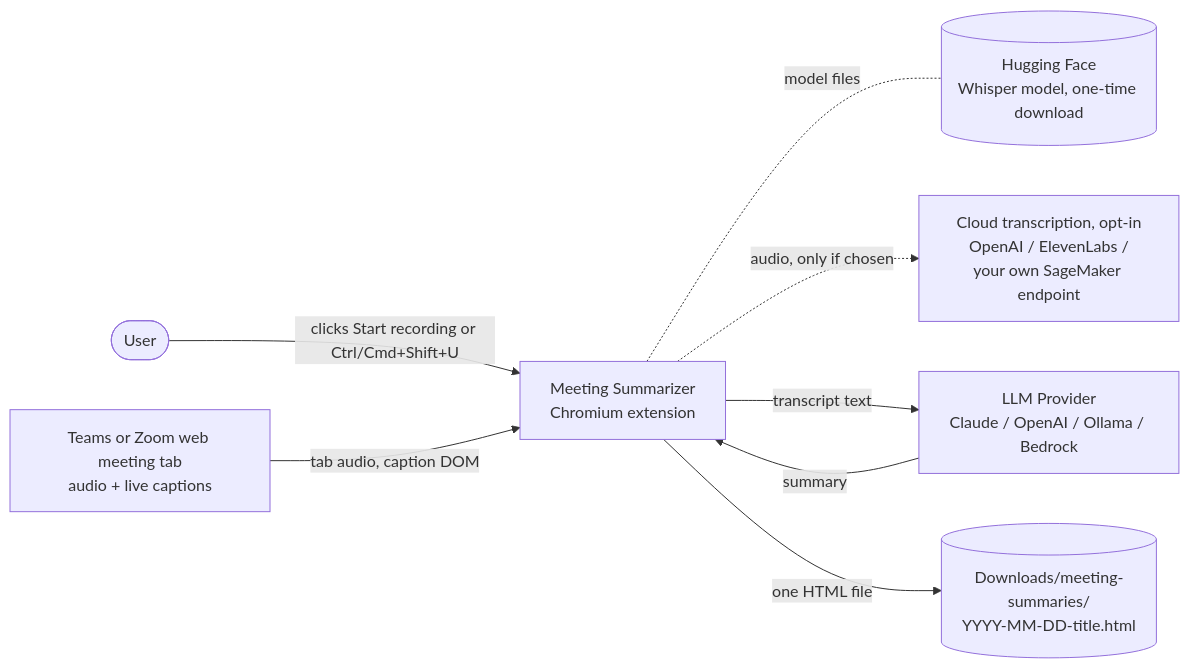
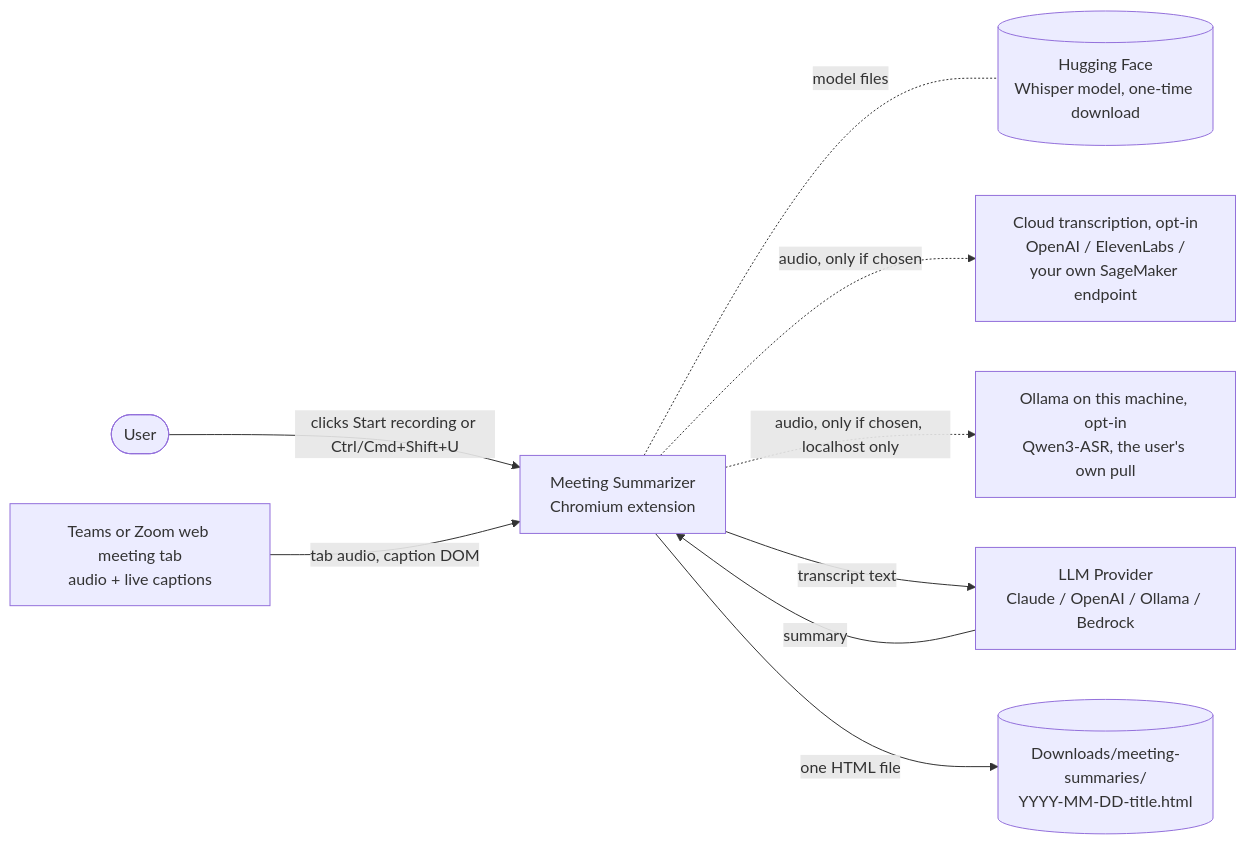
The first of 11 diagrams in docs/ARCHITECTURE.md (dominic676767/meeting-summarizer), drawn with Mermaid before and after one commit. The commit also changed other lines of this file and 28 other files, not shown here.

First line of the commit message:
Transcribe on this computer with Qwen3-ASR in the user's own Ollama

````diff
--- a/docs/ARCHITECTURE.md
+++ b/docs/ARCHITECTURE.md
@@ -32,18 +32,20 @@
 ```mermaid
 flowchart LR
     user(["User"])
     teams["Teams or Zoom web meeting tab<br/>audio + live captions"]
     ext["Meeting Summarizer<br/>Chromium extension"]
     hf[("Hugging Face<br/>Whisper model, one-time download")]
+    ollamaAsr["Ollama on this machine, opt-in<br/>Qwen3-ASR, the user's own pull"]
     stt["Cloud transcription, opt-in<br/>OpenAI / ElevenLabs /<br/>your own SageMaker endpoint"]
     llm["LLM Provider<br/>Claude / OpenAI / Ollama / Bedrock"]
     out[("Downloads/meeting-summaries/<br/>YYYY-MM-DD-title.html")]
 
     user -- "clicks Start recording or Ctrl/Cmd+Shift+U" --> ext
     teams -- "tab audio, caption DOM" --> ext
     ext -. "model files" .- hf
     ext -. "audio, only if chosen" .-> stt
+    ext -. "audio, only if chosen, localhost only" .-> ollamaAsr
     ext -- "transcript text" --> llm
     llm -- "summary" --> ext
     ext -- "one HTML file" --> out
 ```
````
